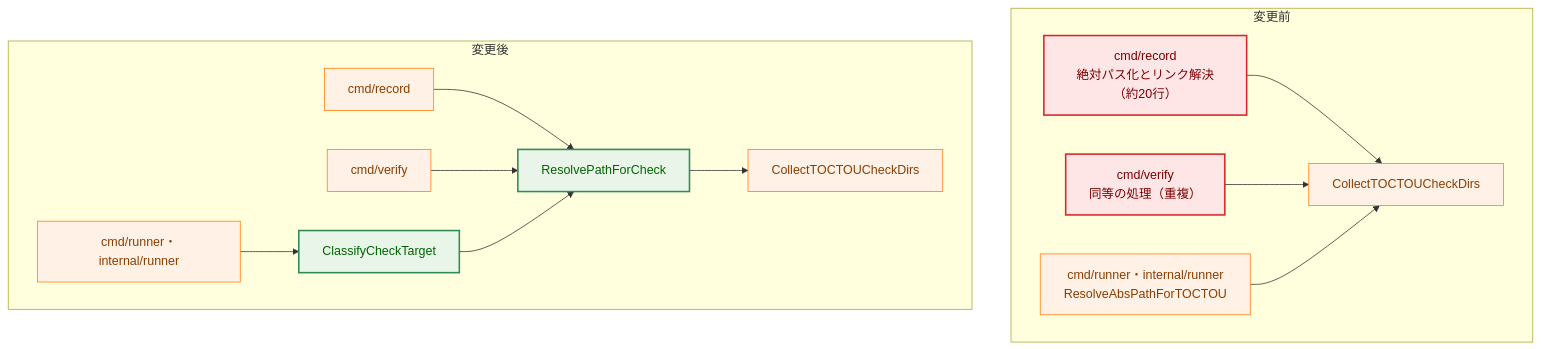
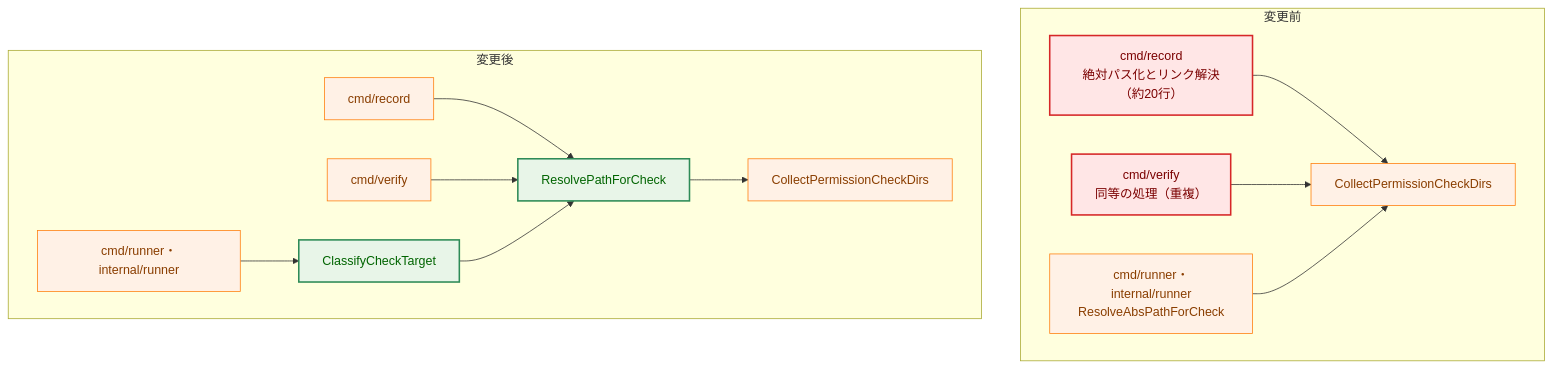
Before and after one commit to isseis/go-safe-cmd-runner: the fifth of 11 diagrams in docs/tasks/0164_entrypoint_residual_low_info/02_architecture.md, drawn with Mermaid. The commit also changed other lines of this file and 8 other files, not shown here.

````diff
--- a/docs/tasks/0164_entrypoint_residual_low_info/02_architecture.md
+++ b/docs/tasks/0164_entrypoint_residual_low_info/02_architecture.md
@@ -166,34 +166,34 @@
 ```mermaid
 flowchart TD
     classDef process fill:#fff1e6,stroke:#ff7f0e,stroke-width:1px,color:#8a3e00;
     classDef problem fill:#ffe6e6,stroke:#d62728,stroke-width:2px,color:#7b0000;
     classDef enhanced fill:#e8f5e8,stroke:#2e8b57,stroke-width:2px,color:#006400;
 
     subgraph Before["変更前"]
         B1["cmd/record<br>絶対パス化とリンク解決（約20行）"]
         B2["cmd/verify<br>同等の処理（重複）"]
-        B3["cmd/runner・internal/runner<br>ResolveAbsPathForTOCTOU"]
-        B4["CollectTOCTOUCheckDirs"]
+        B3["cmd/runner・internal/runner<br>ResolveAbsPathForCheck"]
+        B4["CollectPermissionCheckDirs"]
         B1 --> B4
         B2 --> B4
         B3 --> B4
         class B1,B2 problem
         class B3,B4 process
     end
 
     subgraph After["変更後"]
         A1["cmd/record"]
         A2["cmd/verify"]
         A3["cmd/runner・internal/runner"]
         A6["ClassifyCheckTarget"]
         A4["ResolvePathForCheck"]
-        A5["CollectTOCTOUCheckDirs"]
+        A5["CollectPermissionCheckDirs"]
         A1 --> A4
         A2 --> A4
         A3 --> A6
         A6 --> A4
         A4 --> A5
         class A4,A6 enhanced
         class A1,A2,A3,A5 process
     end
 ```
````
